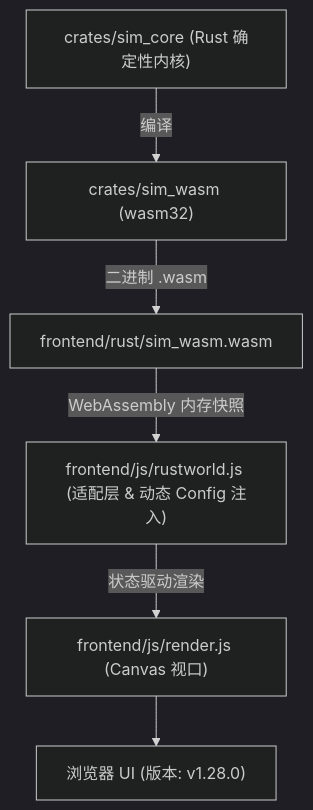
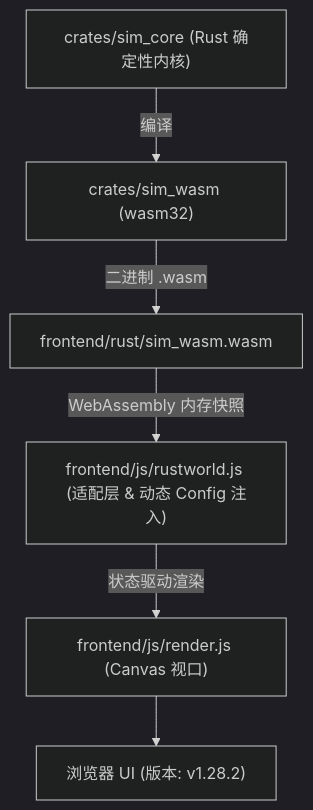
One commit to g39088902/FlowAndAccord changed the diagram in AGENTS.md. Above: the diagram before and after it, drawn with Mermaid (dark theme). The commit also changed other lines of this file and 21 other files, not shown here.

````diff
--- a/AGENTS.md
+++ b/AGENTS.md
@@ -51,8 +51,8 @@
 ```mermaid
 graph TD
     A["crates/sim_core (Rust 确定性内核)"] -->|编译| B["crates/sim_wasm (wasm32)"]
     B -->|二进制 .wasm| C["frontend/rust/sim_wasm.wasm"]
     C -->|WebAssembly 内存快照| D["frontend/js/rustworld.js (适配层 & 动态 Config 注入)"]
     D -->|状态驱动渲染| E["frontend/js/render.js (Canvas 视口)"]
-    E --> F["浏览器 UI (版本: v1.28.0)"]
+    E --> F["浏览器 UI (版本: v1.28.2)"]
 ```
````
